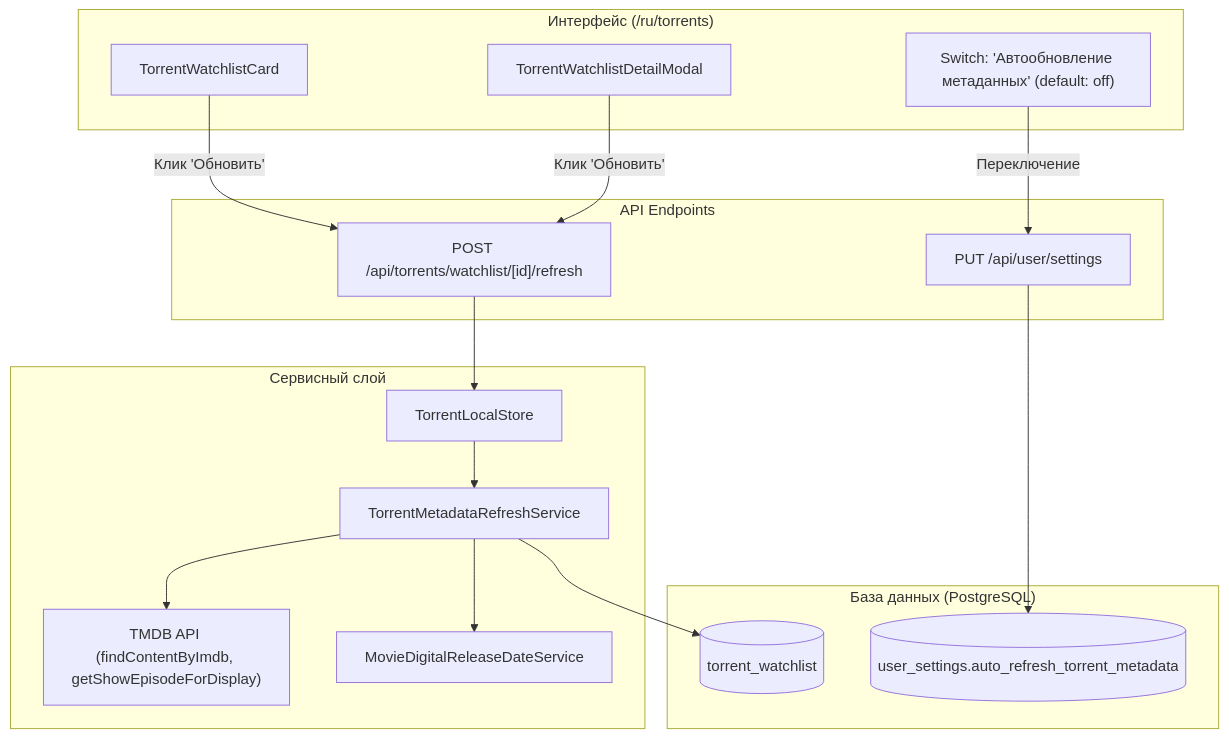
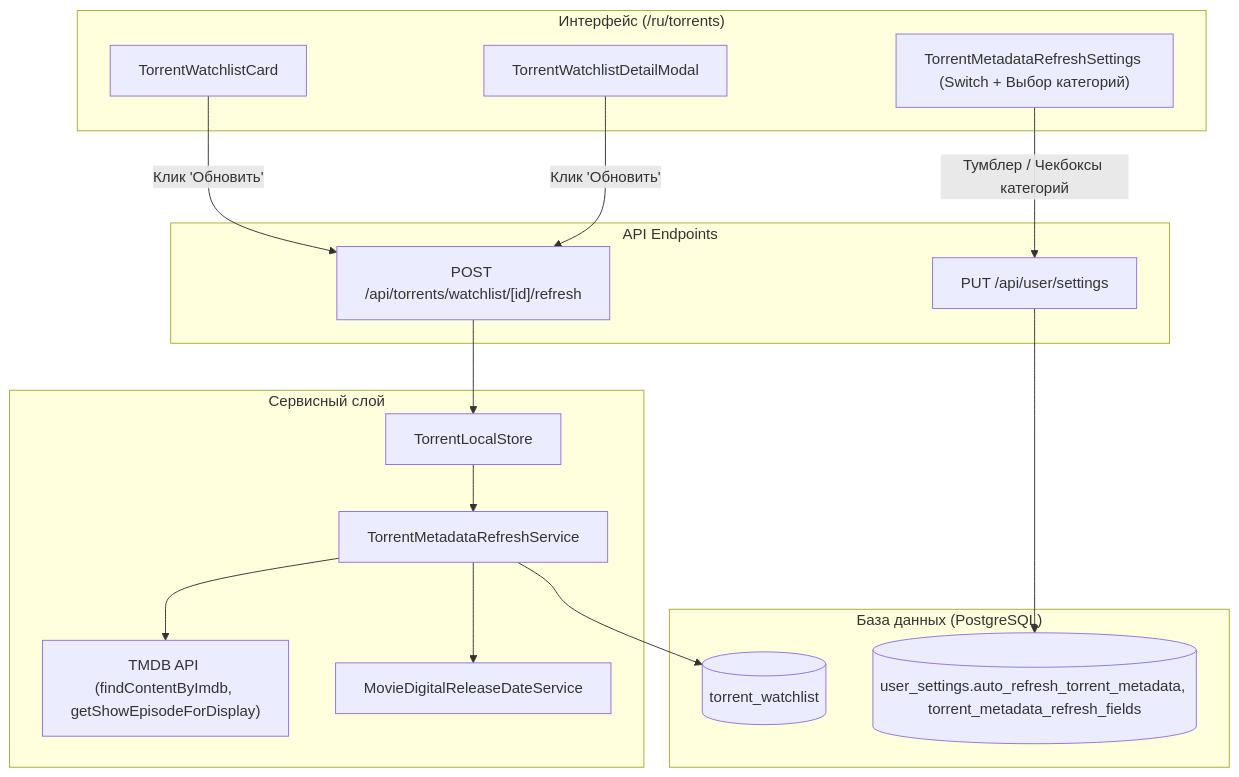
Before and after one commit to denis-ershov/anisync: the diagram in docs/modules/TORRENT_METADATA_SYNC_ARCHITECTURE.md, drawn with Mermaid. The commit also changed other lines of this file and 18 other files, not shown here.

Commit message:
feat: add torrent metadata refresh functionality and related modules

````diff
--- a/docs/modules/TORRENT_METADATA_SYNC_ARCHITECTURE.md
+++ b/docs/modules/TORRENT_METADATA_SYNC_ARCHITECTURE.md
@@ -29,35 +31,35 @@
 ```mermaid
 flowchart TD
     subgraph UI["Интерфейс (/ru/torrents)"]
         Card["TorrentWatchlistCard"]
         Modal["TorrentWatchlistDetailModal"]
-        Switch["Switch: 'Автообновление метаданных' (default: off)"]
+        SettingsPanel["TorrentMetadataRefreshSettings (Switch + Выбор категорий)"]
     end
 
     subgraph Endpoints["API Endpoints"]
         RefreshEP["POST /api/torrents/watchlist/[id]/refresh"]
         SettingsEP["PUT /api/user/settings"]
     end
 
     subgraph ServiceLayer["Сервисный слой"]
         Store["TorrentLocalStore"]
         RefreshService["TorrentMetadataRefreshService"]
         TMDB["TMDB API (findContentByImdb, getShowEpisodeForDisplay)"]
         Digital["MovieDigitalReleaseDateService"]
     end
 
     subgraph DB["База данных (PostgreSQL)"]
-        UserTable[(user_settings.auto_refresh_torrent_metadata)]
+        UserTable[(user_settings.auto_refresh_torrent_metadata, torrent_metadata_refresh_fields)]
         WatchlistTable[(torrent_watchlist)]
     end
 
     Card -->|Клик 'Обновить'| RefreshEP
     Modal -->|Клик 'Обновить'| RefreshEP
-    Switch -->|Переключение| SettingsEP
+    SettingsPanel -->|Тумблер / Чекбоксы категорий| SettingsEP
     
     SettingsEP --> UserTable
     RefreshEP --> Store --> RefreshService
     RefreshService --> TMDB
     RefreshService --> Digital
     RefreshService --> WatchlistTable
 ```
````
